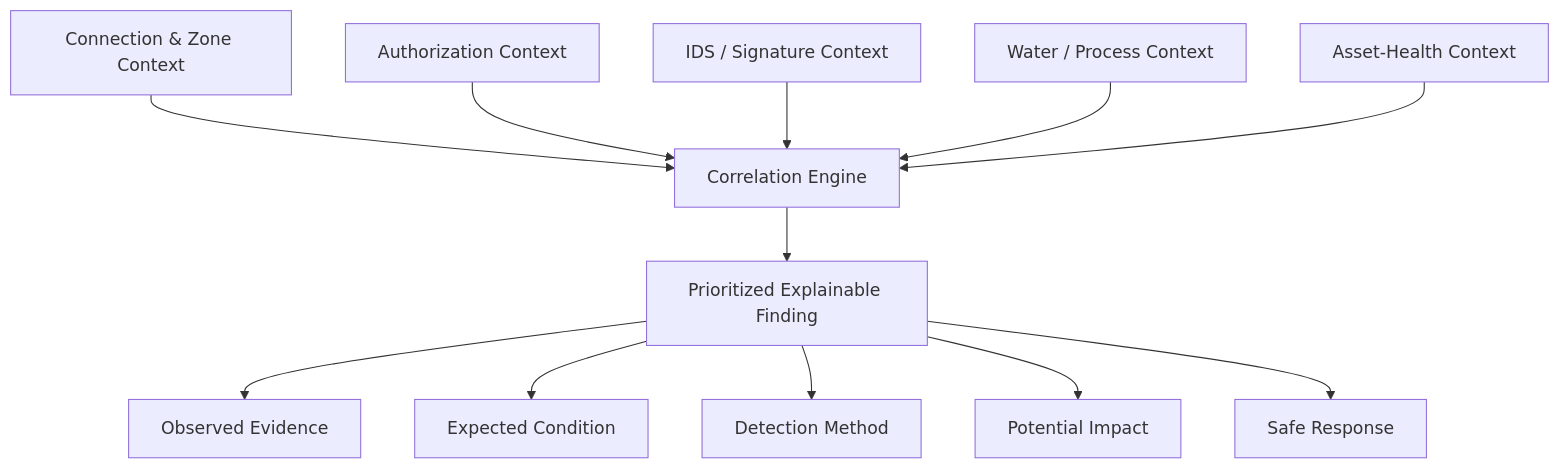
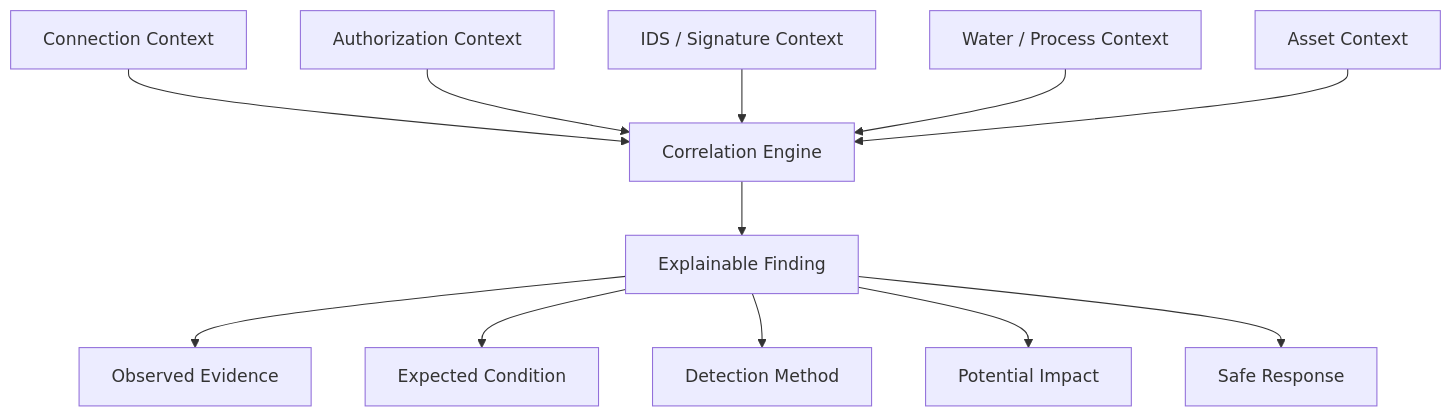
The seventh of 8 diagrams in README.md (HaziqBinAfzal/AquaVigil), drawn with Mermaid before and after one commit. The commit also changed other lines of this file, not shown here.

````diff
--- a/README.md
+++ b/README.md
@@ -446,31 +427,22 @@
 ```mermaid
 flowchart TB
-    CONNECTION["Connection & Zone Context"]
-    AUTH["Authorization Context"]
-    IDS["IDS / Signature Context"]
-    PROCESS["Water / Process Context"]
-    ASSET["Asset-Health Context"]
+    A["Connection Context"]
+    B["Authorization Context"]
+    C["IDS / Signature Context"]
+    D["Water / Process Context"]
+    E["Asset Context"]
 
-    CORRELATE["Correlation Engine"]
-    FINDING["Prioritized Explainable Finding"]
+    A --> F["Correlation Engine"]
+    B --> F
+    C --> F
+    D --> F
+    E --> F
 
-    OBSERVED["Observed Evidence"]
-    EXPECTED["Expected Condition"]
-    METHOD["Detection Method"]
-    IMPACT["Potential Impact"]
-    RESPONSE["Safe Response"]
+    F --> G["Explainable Finding"]
 
-    CONNECTION --> CORRELATE
-    AUTH --> CORRELATE
-    IDS --> CORRELATE
-    PROCESS --> CORRELATE
-    ASSET --> CORRELATE
-
-    CORRELATE --> FINDING
-
-    FINDING --> OBSERVED
-    FINDING --> EXPECTED
-    FINDING --> METHOD
-    FINDING --> IMPACT
-    FINDING --> RESPONSE
+    G --> H["Observed Evidence"]
+    G --> I["Expected Condition"]
+    G --> J["Detection Method"]
+    G --> K["Potential Impact"]
+    G --> L["Safe Response"]
 ```
````
